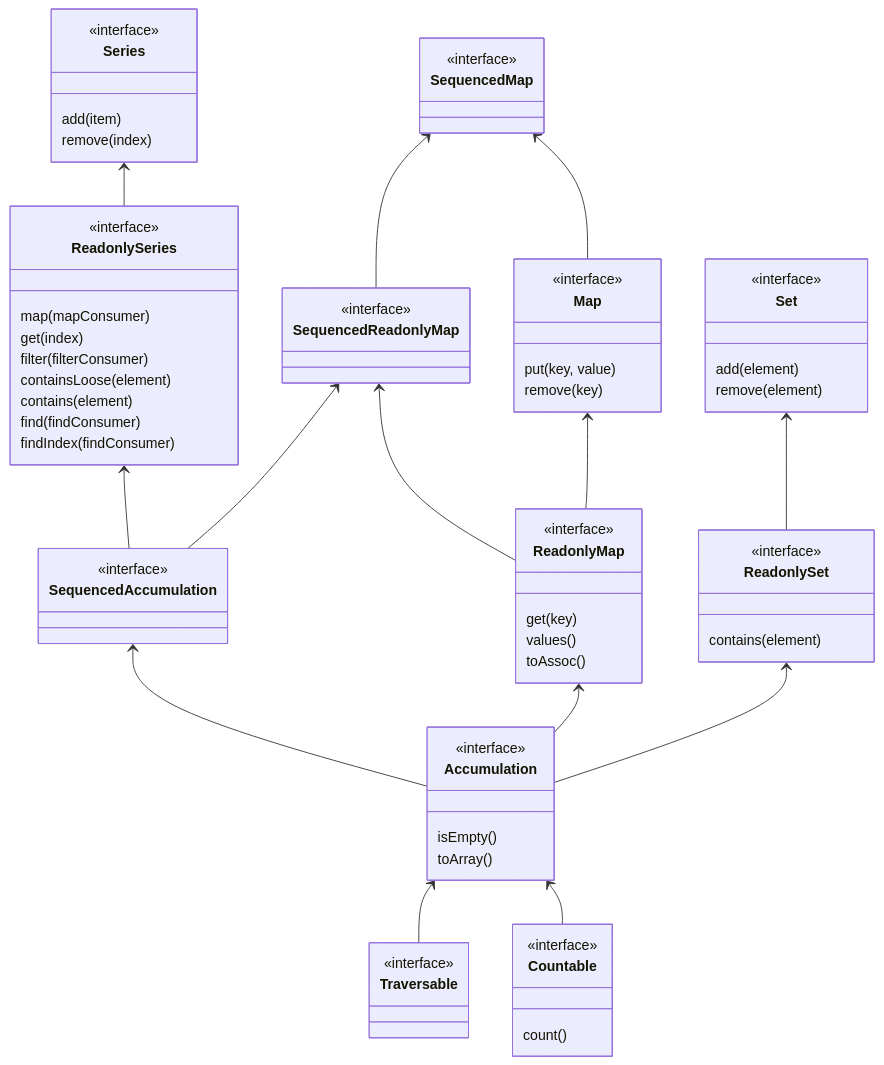
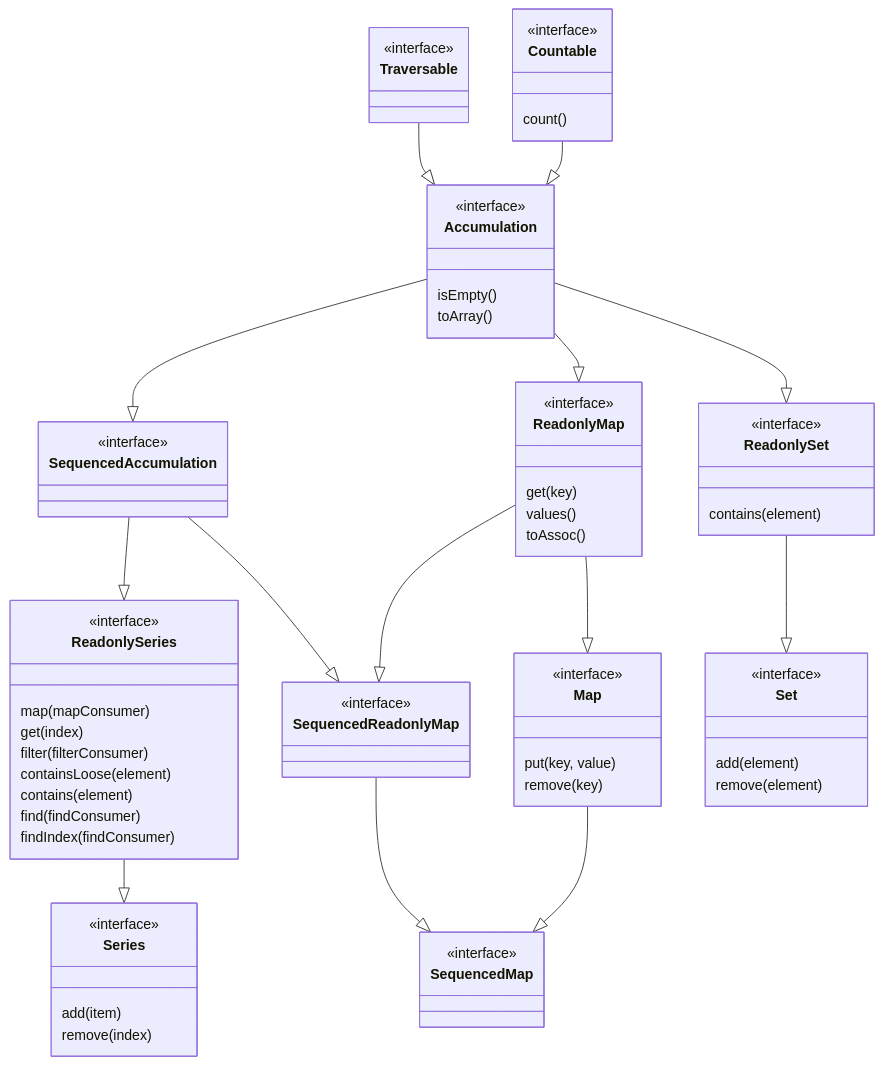
The diagram in README.md (N-Silbernagel/AccumulatePHP), drawn with Mermaid before and after one commit. The commit also changed other lines of this file, not shown here.

Commit message:
Updated AccumulatePHP to commit 90c0a184c70250294680b940462fa2af1d18b945
https://github.com/N-Silbernagel/AccumulatePHP/commit/90c0a184c70250294680b940462fa2af1d18b945 update remote Readme

````diff
--- a/README.md
+++ b/README.md
@@ -33,78 +15,79 @@
 ```mermaid
 classDiagram
-class Countable {
-    <<interface>>
-    count()
-}
-
-class Traversable {
-    <<interface>>
-}
-
-class Accumulation {
-  <<interface>>
-  isEmpty()
-  toArray()
-}
-Accumulation <-- Traversable
-Accumulation <-- Countable
-
-class SequencedAccumulation {
-  <<interface>>
-}
-SequencedAccumulation <-- Accumulation
-
-class ReadonlySeries {
-    <<interface>>
-    map(mapConsumer)
-    get(index)
-    filter(filterConsumer)
-    containsLoose(element)
-    contains(element)
-    find(findConsumer)
-    findIndex(findConsumer)
-}
-ReadonlySeries <-- SequencedAccumulation
-class Series {
-    <<interface>>
-    add(item)
-    remove(index)
-}
-Series <-- ReadonlySeries
-
-class ReadonlyMap {
-    <<interface>>
-    get(key)
-    values()
-    toAssoc()
-}
-ReadonlyMap <-- Accumulation
-class SequencedReadonlyMap {
-    <<interface>>
-}
-SequencedReadonlyMap <-- ReadonlyMap
-SequencedReadonlyMap <-- SequencedAccumulation
-class Map {
-    <<interface>>
-    put(key, value)
-    remove(key)
-}
-Map <-- ReadonlyMap
-class SequencedMap {
-    <<interface>>
-}
-SequencedMap <-- SequencedReadonlyMap
-SequencedMap <-- Map
-
-class ReadonlySet {
-    <<interface>>
-    contains(element)
-}
-ReadonlySet <-- Accumulation
-class Set {
-    <<interface>>
-    add(element)
-    remove(element)
-}
-Set <-- ReadonlySet
+    direction BT
+    class Countable {
+        <<interface>>
+        count()
+    }
+    
+    class Traversable {
+        <<interface>>
+    }
+    
+    class Accumulation {
+      <<interface>>
+      isEmpty()
+      toArray()
+    }
+    Accumulation <|-- Traversable
+    Accumulation <|-- Countable
+    
+    class SequencedAccumulation {
+      <<interface>>
+    }
+    SequencedAccumulation <|-- Accumulation
+    
+    class ReadonlySeries {
+        <<interface>>
+        map(mapConsumer)
+        get(index)
+        filter(filterConsumer)
+        containsLoose(element)
+        contains(element)
+        find(findConsumer)
+        findIndex(findConsumer)
+    }
+    ReadonlySeries <|-- SequencedAccumulation
+    class Series {
+        <<interface>>
+        add(item)
+        remove(index)
+    }
+    Series <|-- ReadonlySeries
+    
+    class ReadonlyMap {
+        <<interface>>
+        get(key)
+        values()
+        toAssoc()
+    }
+    ReadonlyMap <|-- Accumulation
+    class SequencedReadonlyMap {
+        <<interface>>
+    }
+    SequencedReadonlyMap <|-- ReadonlyMap
+    SequencedReadonlyMap <|-- SequencedAccumulation
+    class Map {
+        <<interface>>
+        put(key, value)
+        remove(key)
+    }
+    Map <|-- ReadonlyMap
+    class SequencedMap {
+        <<interface>>
+    }
+    SequencedMap <|-- SequencedReadonlyMap
+    SequencedMap <|-- Map
+    
+    class ReadonlySet {
+        <<interface>>
+        contains(element)
+    }
+    ReadonlySet <|-- Accumulation
+    class Set {
+        <<interface>>
+        add(element)
+        remove(element)
+    }
+    Set <|-- ReadonlySet
 ```
````
